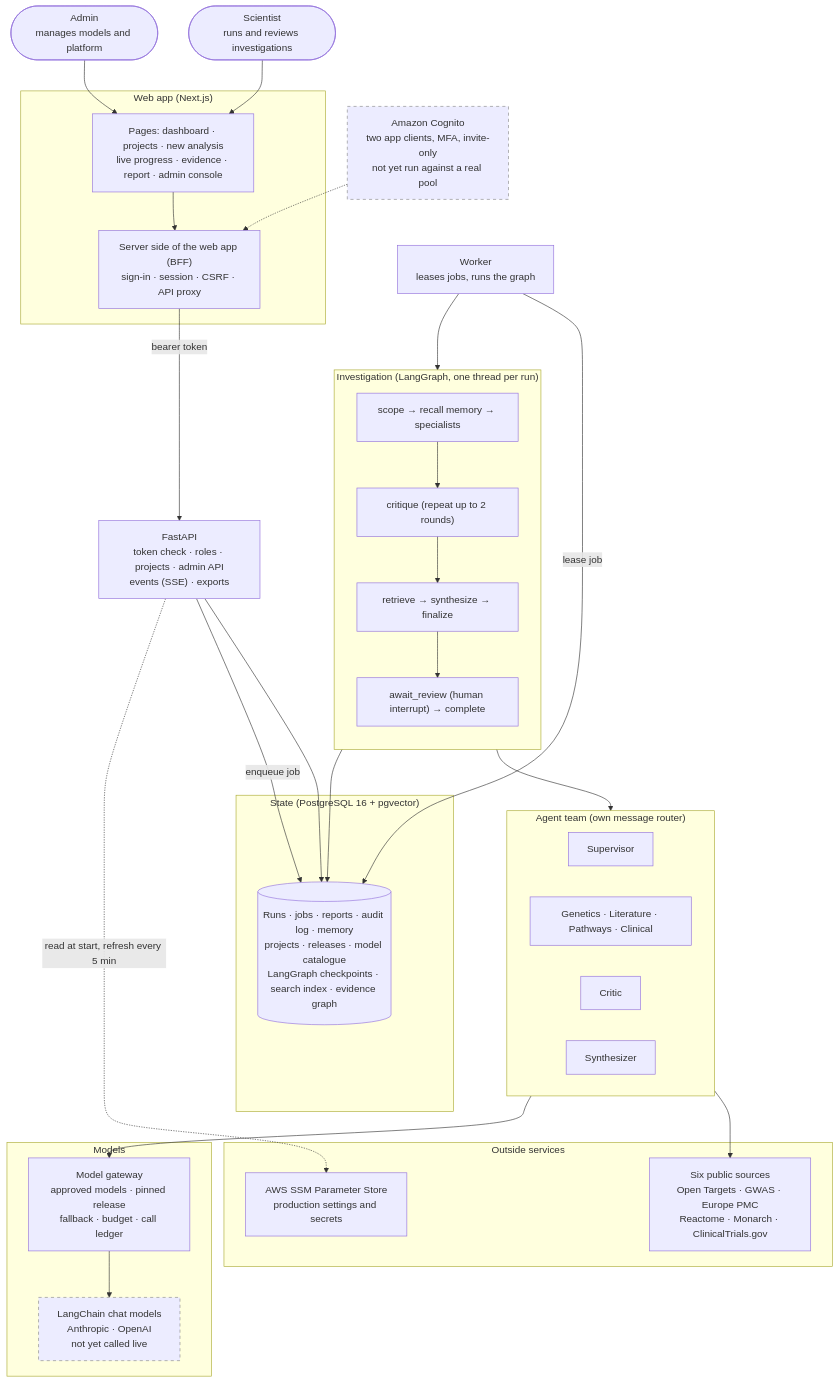
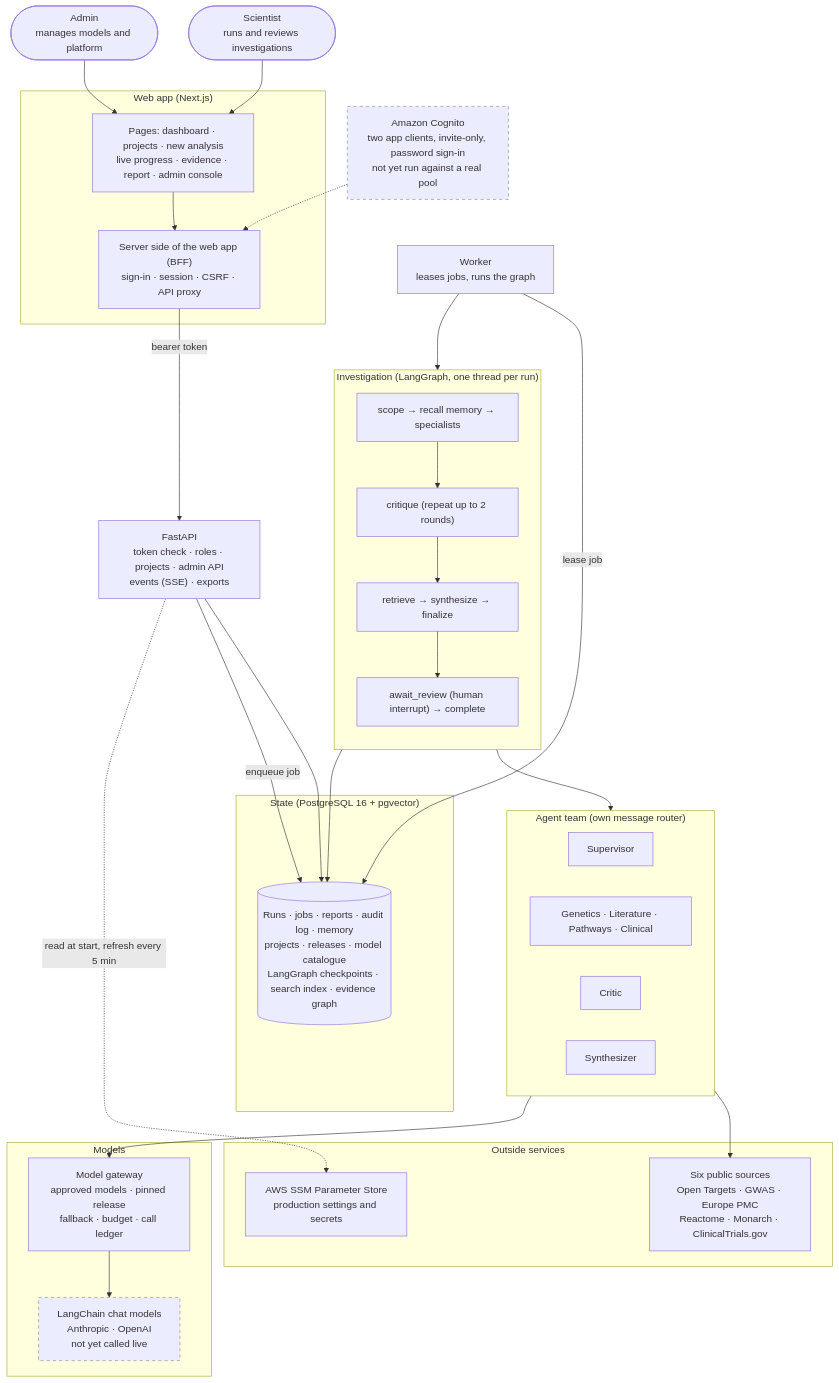
One commit to Tevaalgorithms/BioNexus-AI changed the first of 6 diagrams in README.md. Above: the diagram before and after it, drawn with Mermaid. The commit also changed other lines of this file and 6 other files, not shown here.

Commit message:
Remove inaccurate MFA claims: the pool is invite-only with password sign-in (MFA is off)

````diff
--- a/README.md
+++ b/README.md
@@ -74,57 +74,57 @@
 ```mermaid
 graph TB
     SCI(["Scientist<br/>runs and reviews investigations"])
     ADM(["Admin<br/>manages models and platform"])
 
     subgraph CLIENTS["Web app (Next.js)"]
         WEB["Pages: dashboard · projects · new analysis<br/>live progress · evidence · report · admin console"]
         BFF["Server side of the web app (BFF)<br/>sign-in · session · CSRF · API proxy"]
     end
 
-    COG["Amazon Cognito<br/>two app clients, MFA, invite-only<br/>not yet run against a real pool"]:::planned
+    COG["Amazon Cognito<br/>two app clients, invite-only, password sign-in<br/>not yet run against a real pool"]:::planned
     API["FastAPI<br/>token check · roles · projects · admin API<br/>events (SSE) · exports"]
     WORKER["Worker<br/>leases jobs, runs the graph"]
 
     subgraph FLOW["Investigation (LangGraph, one thread per run)"]
         direction TB
         G1["scope → recall memory → specialists"] --> G2["critique (repeat up to 2 rounds)"] --> G3["retrieve → synthesize → finalize"] --> G4["await_review (human interrupt) → complete"]
     end
 
     subgraph AGENTS["Agent team (own message router)"]
         SUP["Supervisor"]
         SPEC["Genetics · Literature · Pathways · Clinical"]
         CRIT["Critic"]
         SYN["Synthesizer"]
     end
 
     subgraph STATE["State (PostgreSQL 16 + pgvector)"]
         SQL[("Runs · jobs · reports · audit log · memory<br/>projects · releases · model catalogue<br/>LangGraph checkpoints · search index · evidence graph")]
     end
 
     subgraph MODELS["Models"]
         GW["Model gateway<br/>approved models · pinned release<br/>fallback · budget · call ledger"]
         LC["LangChain chat models<br/>Anthropic · OpenAI<br/>not yet called live"]:::planned
     end
 
     subgraph EXT["Outside services"]
         SRC["Six public sources<br/>Open Targets · GWAS · Europe PMC<br/>Reactome · Monarch · ClinicalTrials.gov"]
         SSM["AWS SSM Parameter Store<br/>production settings and secrets"]
     end
 
     SCI --> WEB
     ADM --> WEB
     WEB --> BFF
     BFF -- "bearer token" --> API
     COG -.-> BFF
     API --> SQL
     API -- "enqueue job" --> SQL
     WORKER -- "lease job" --> SQL
     WORKER --> FLOW
     FLOW --> AGENTS
     AGENTS --> SRC
     AGENTS --> GW
     GW --> LC
     FLOW --> SQL
     API -. "read at start, refresh every 5 min" .-> SSM
     classDef planned stroke-dasharray: 5 5,stroke:#888
 ```
````
